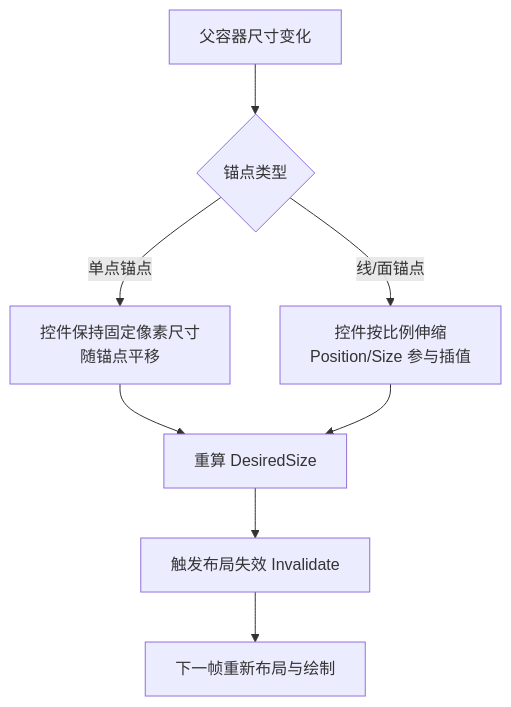
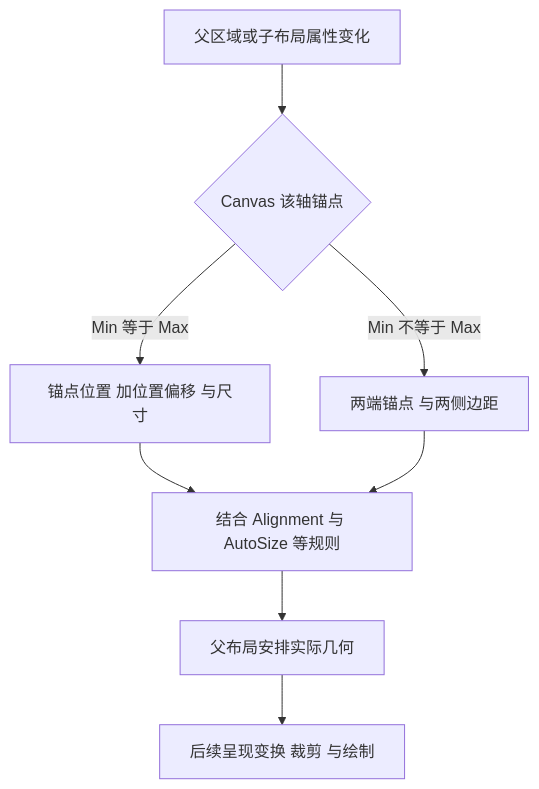
The fourth of 7 diagrams in 知识/05-Gameplay与交互系统/界面设置与无障碍/01-UMG框架与控件系统.md (fantuan812/learning), drawn with Mermaid before and after one commit. The commit also changed other lines of this file and 1 other file, not shown here.

````diff
--- a/知识/05-Gameplay与交互系统/界面设置与无障碍/01-UMG框架与控件系统.md
+++ b/知识/05-Gameplay与交互系统/界面设置与无障碍/01-UMG框架与控件系统.md
@@ -167,10 +315,10 @@
 ```mermaid
 flowchart TD
-    A[父容器尺寸变化] --> B{锚点类型}
-    B -->|单点锚点| C[控件保持固定像素尺寸<br/>随锚点平移]
-    B -->|线/面锚点| D[控件按比例伸缩<br/>Position/Size 参与插值]
-    C --> E[重算 DesiredSize]
+    A[父区域或子布局属性变化] --> B{Canvas 该轴锚点}
+    B -->|Min 等于 Max| C[锚点位置 加位置偏移 与尺寸]
+    B -->|Min 不等于 Max| D[两端锚点 与两侧边距]
+    C --> E[结合 Alignment 与 AutoSize 等规则]
     D --> E
-    E --> F[触发布局失效 Invalidate]
-    F --> G[下一帧重新布局与绘制]
+    E --> F[父布局安排实际几何]
+    F --> G[后续呈现变换 裁剪 与绘制]
 ```
````
